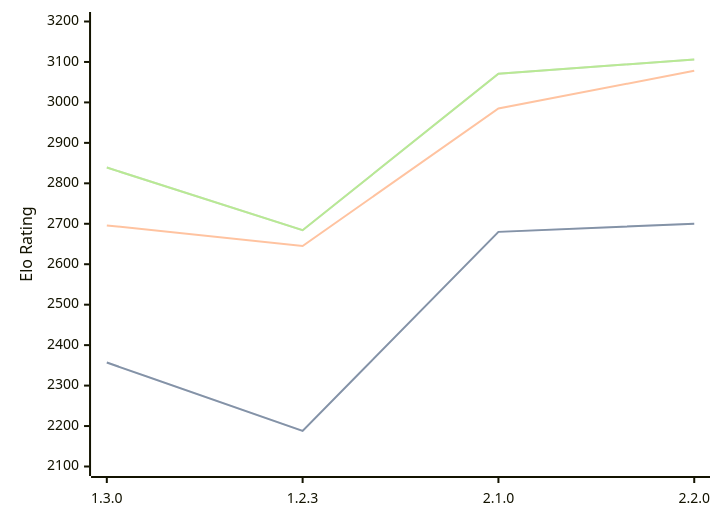
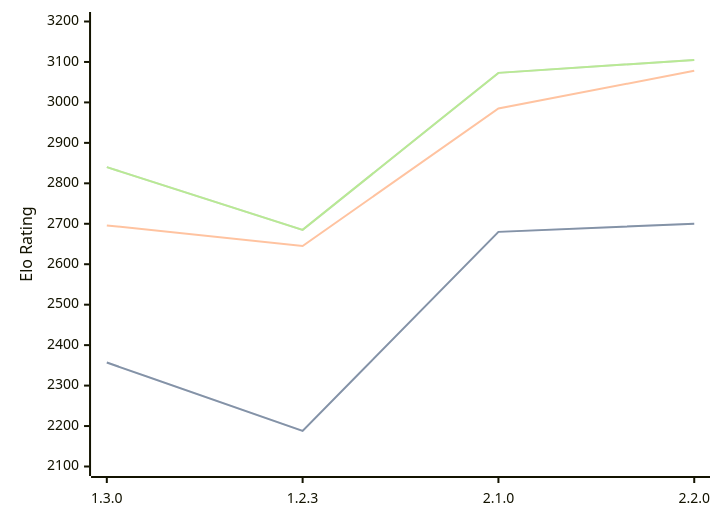
Before and after one commit to computer-chess-index/cci: the diagram in engines/Aspen.md, drawn with Mermaid. The commit also changed other lines of this file, not shown here.

Commit message:
Update CCI Ratings (ELO VLTC) - 2026-08-23

````diff
--- a/engines/Aspen.md
+++ b/engines/Aspen.md
@@ -43,11 +43,11 @@
 ```mermaid
 %%{init: {"theme":"base","themeVariables":{"seriesColors:['#a3a3a3','#222221','#faa371']}}}%%
 xychart-beta
   x-axis ["1.3.0", "1.2.3", "2.1.0", "2.2.0"]
   y-axis "Elo Rating" 2100 --> 3200
   line "STC (8.0+0.08s)" [2357, 2188, 2680, 2700]
   line "STC (8.0+0.08s)" [2357, 2188, 2680, 2700]
   line "LTC (60.0+0.60s)" [2696, 2645, 2985, 3078]
-  line "VLTC (2m24s+1.12s)" [2839, 2684, 3071, 3106]
-  line "VLTC (2m24s+1.12s)" [2839, 2684, 3071, 3106]
+  line "VLTC (2m24s+1.12s)" [2840, 2685, 3073, 3105]
+  line "VLTC (2m24s+1.12s)" [2840, 2685, 3073, 3105]
 ```
````
